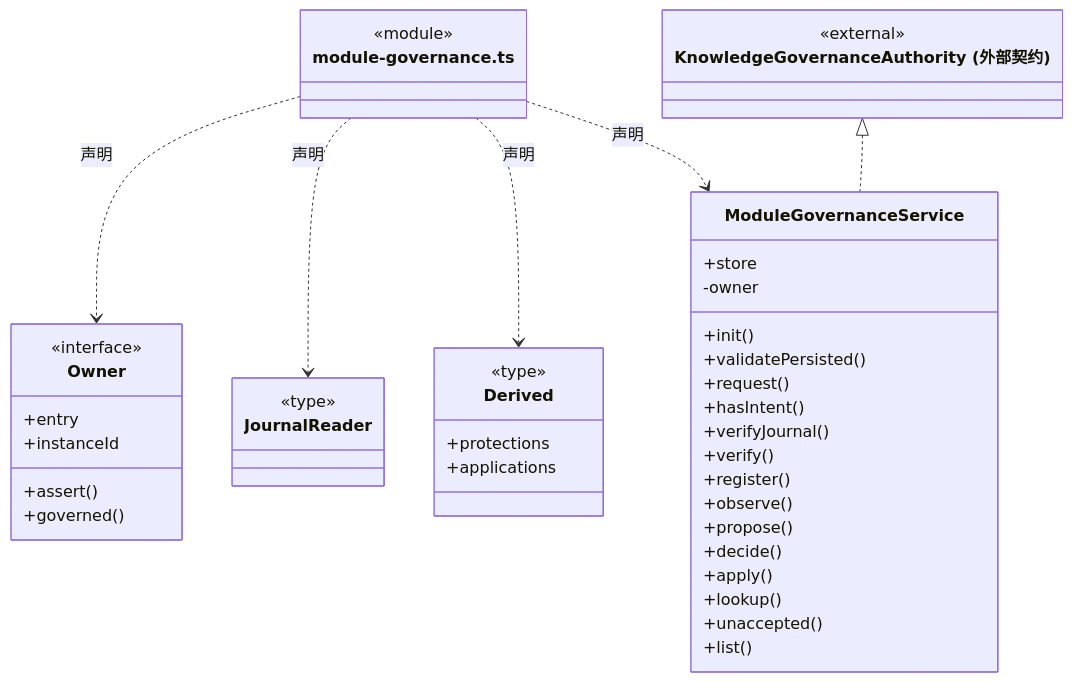
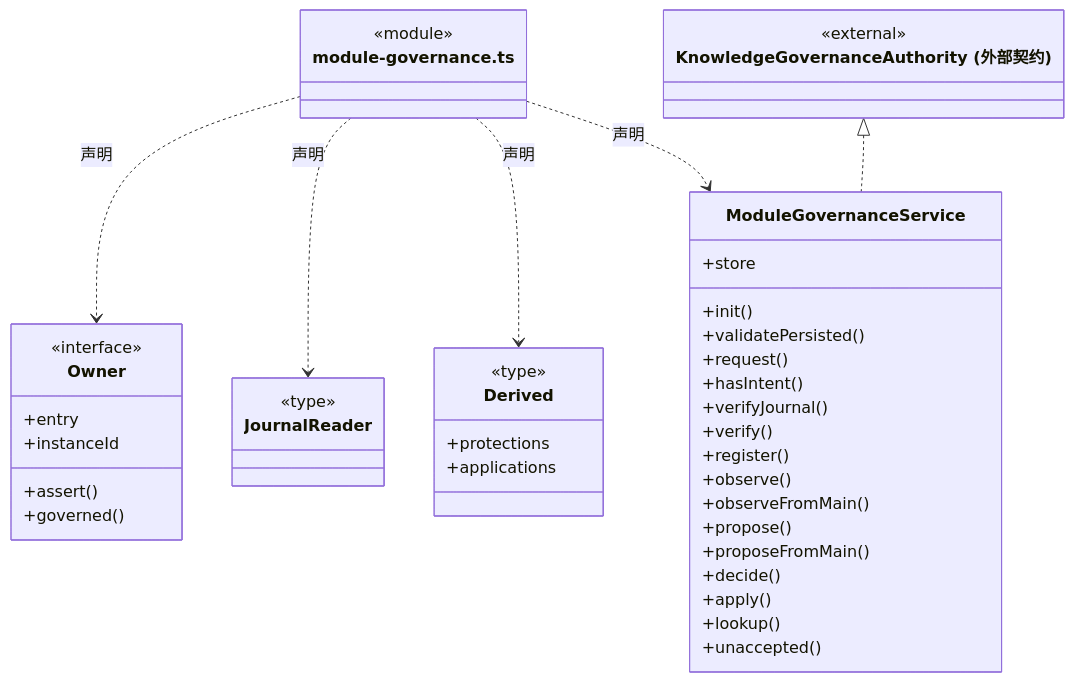
Before and after one commit to nan023062/cbim: the second of 3 diagrams in src/backend/main/governance/ARCHITECTURE.md, drawn with Mermaid. The commit also changed other lines of this file and 53 other files, not shown here.

````diff
--- a/src/backend/main/governance/ARCHITECTURE.md
+++ b/src/backend/main/governance/ARCHITECTURE.md
@@ -21,48 +34,48 @@
 ```mermaid
 classDiagram
 class N_src_backend_main_governance_module_governance_ts["module-governance.ts"] {
   <<module>>
 }
 class N_src_backend_main_governance_module_governance_ts_Owner["Owner"] {
   <<interface>>
   +entry
   +instanceId
   +assert()
   +governed()
 }
 N_src_backend_main_governance_module_governance_ts ..> N_src_backend_main_governance_module_governance_ts_Owner : 声明
 class N_src_backend_main_governance_module_governance_ts_JournalReader["JournalReader"] {
   <<type>>
 
 }
 N_src_backend_main_governance_module_governance_ts ..> N_src_backend_main_governance_module_governance_ts_JournalReader : 声明
 class N_src_backend_main_governance_module_governance_ts_Derived["Derived"] {
   <<type>>
   +protections
   +applications
 }
 N_src_backend_main_governance_module_governance_ts ..> N_src_backend_main_governance_module_governance_ts_Derived : 声明
 class N_src_backend_main_governance_module_governance_ts_ModuleGovernanceService["ModuleGovernanceService"] {
   +store
   +init()
   +validatePersisted()
   +request()
   +hasIntent()
   +verifyJournal()
   +verify()
   +register()
   +observe()
+  +observeFromMain()
   +propose()
+  +proposeFromMain()
   +decide()
   +apply()
   +lookup()
   +unaccepted()
-  +list()
-  -owner
 }
 N_src_backend_main_governance_module_governance_ts ..> N_src_backend_main_governance_module_governance_ts_ModuleGovernanceService : 声明
 class N_src_backend_main_governance_module_governance_ts_external_KnowledgeGovernanceAuthority["KnowledgeGovernanceAuthority (外部契约)"] {
   <<external>>
 }
 N_src_backend_main_governance_module_governance_ts_external_KnowledgeGovernanceAuthority <|.. N_src_backend_main_governance_module_governance_ts_ModuleGovernanceService
 ```
````
